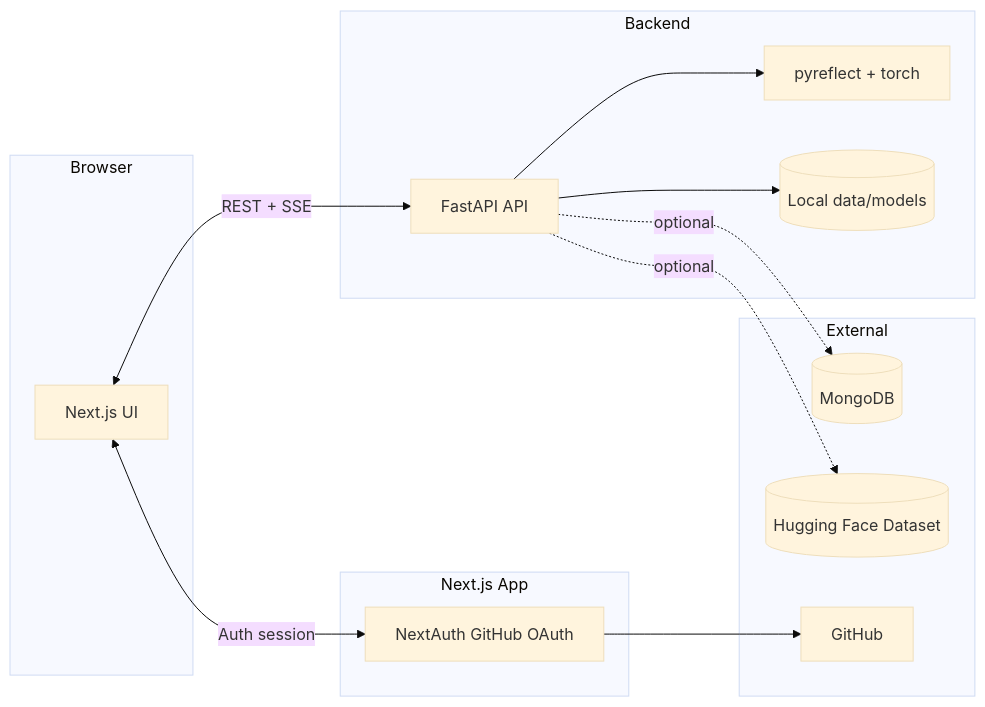
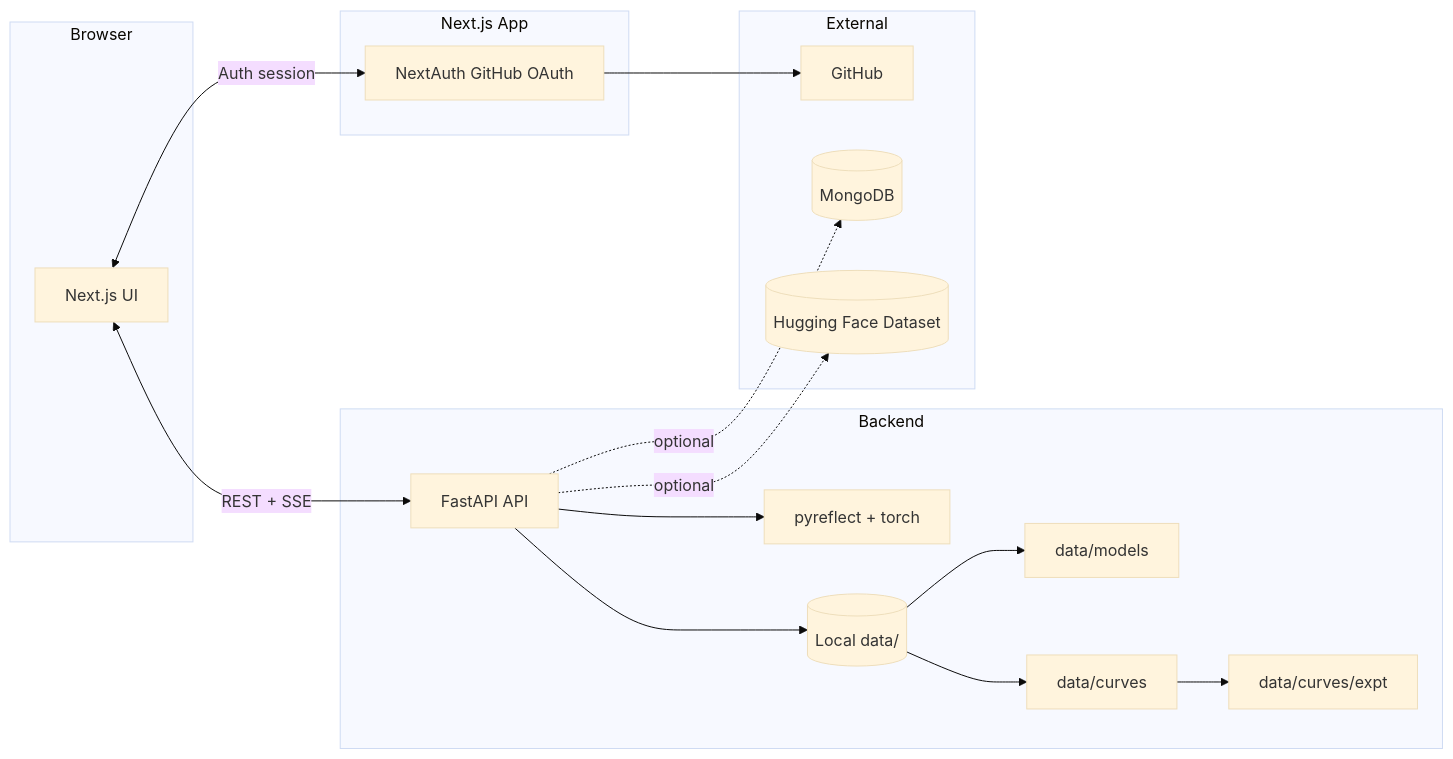
One commit to Northeastern-Research-ORNL-1/pyreflect-interface changed the first of 4 diagrams in README.md. Above: the diagram before and after it, drawn with Mermaid (base theme). The commit also changed other lines of this file and 9 other files, not shown here.

````diff
--- a/README.md
+++ b/README.md
@@ -25,30 +27,36 @@
 ```mermaid
 flowchart LR
   subgraph Browser
     UI[Next.js UI]
   end
 
   subgraph NextApp[Next.js App]
     Auth[NextAuth GitHub OAuth]
   end
 
   subgraph Backend
     API[FastAPI API]
     PY[pyreflect + torch]
-    FS[(Local data/models)]
+    FS[(Local data/)]
+    FS_MODELS[data/models]
+    FS_CURVES[data/curves]
+    FS_EXPT[data/curves/expt]
   end
 
   subgraph External
     GH[GitHub]
     DB[(MongoDB)]
     HF[(Hugging Face Dataset)]
   end
 
   UI <-->|REST + SSE| API
   UI <-->|Auth session| Auth
   Auth --> GH
   API --> PY
   API --> FS
+  FS --> FS_MODELS
+  FS --> FS_CURVES
+  FS_CURVES --> FS_EXPT
   API -. optional .-> DB
   API -. optional .-> HF
 ```
````
